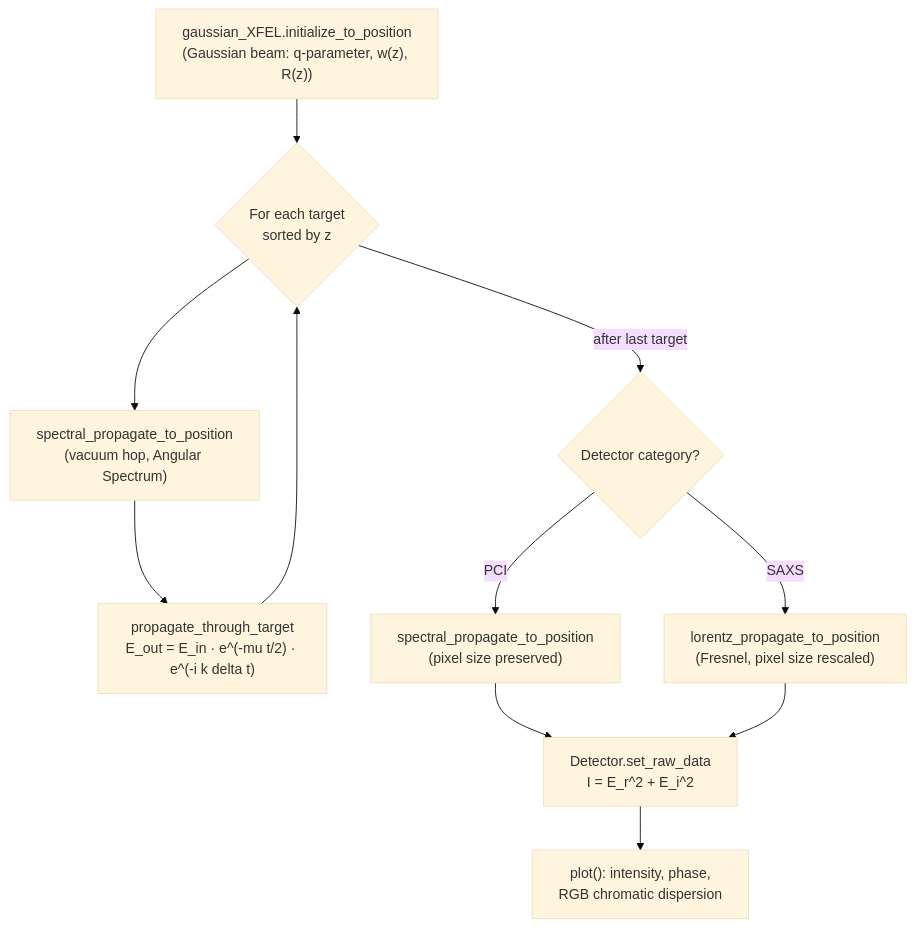
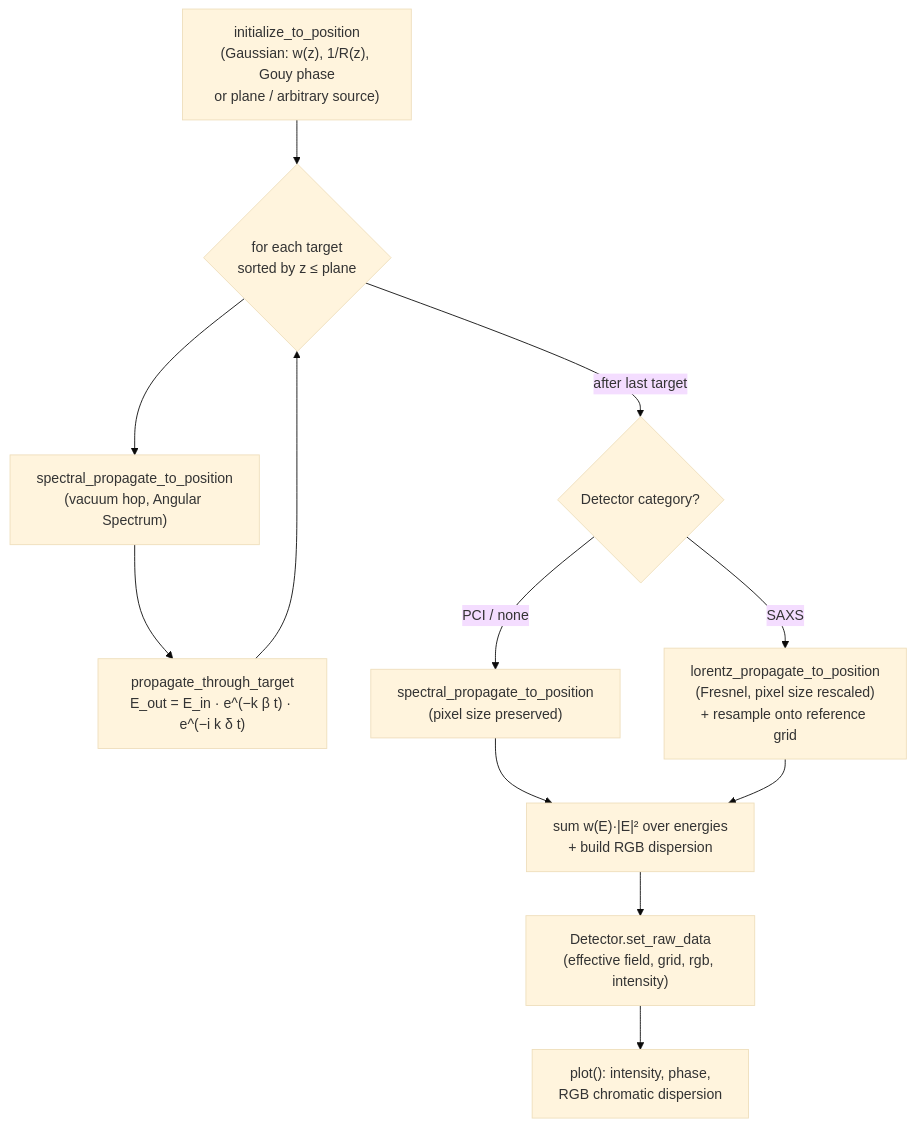
The fourth of 5 diagrams in PCI_Codebase/docs/propagators.md (wenfe/PCI_Codebase), drawn with Mermaid (base theme) before and after one commit. The commit also changed other lines of this file and 36 other files, not shown here.

Commit message:
Add P3129 SAXS and PCI simulations

````diff
--- a/PCI_Codebase/docs/propagators.md
+++ b/PCI_Codebase/docs/propagators.md
@@ -263,13 +340,14 @@
 ```mermaid
 flowchart TD
-    A["gaussian_XFEL.initialize_to_position\n(Gaussian beam: q-parameter, w(z), R(z))"] --> B{For each target\nsorted by z}
+    A["initialize_to_position\n(Gaussian: w(z), 1/R(z), Gouy phase\nor plane / arbitrary source)"] --> B{"for each target\nsorted by z ≤ plane"}
     B --> C["spectral_propagate_to_position\n(vacuum hop, Angular Spectrum)"]
-    C --> D["propagate_through_target\nE_out = E_in · e^(-mu t/2) · e^(-i k delta t)"]
+    C --> D["propagate_through_target\nE_out = E_in · e^(−k β t) · e^(−i k δ t)"]
     D --> B
     B -->|after last target| E{Detector category?}
-    E -->|PCI| F["spectral_propagate_to_position\n(pixel size preserved)"]
-    E -->|SAXS| G["lorentz_propagate_to_position\n(Fresnel, pixel size rescaled)"]
-    F --> H["Detector.set_raw_data\nI = E_r^2 + E_i^2"]
+    E -->|PCI / none| F["spectral_propagate_to_position\n(pixel size preserved)"]
+    E -->|SAXS| G["lorentz_propagate_to_position\n(Fresnel, pixel size rescaled)\n+ resample onto reference grid"]
+    F --> H["sum w(E)·|E|² over energies\n+ build RGB dispersion"]
     G --> H
-    H --> I["plot(): intensity, phase,\nRGB chromatic dispersion"]
+    H --> I["Detector.set_raw_data\n(effective field, grid, rgb, intensity)"]
+    I --> J["plot(): intensity, phase,\nRGB chromatic dispersion"]
 ```
````
